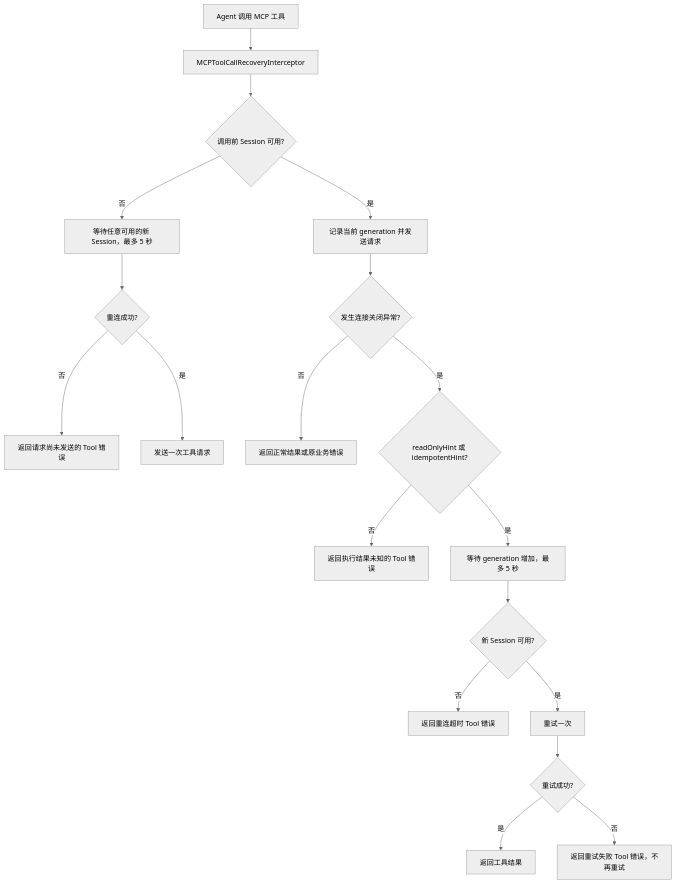
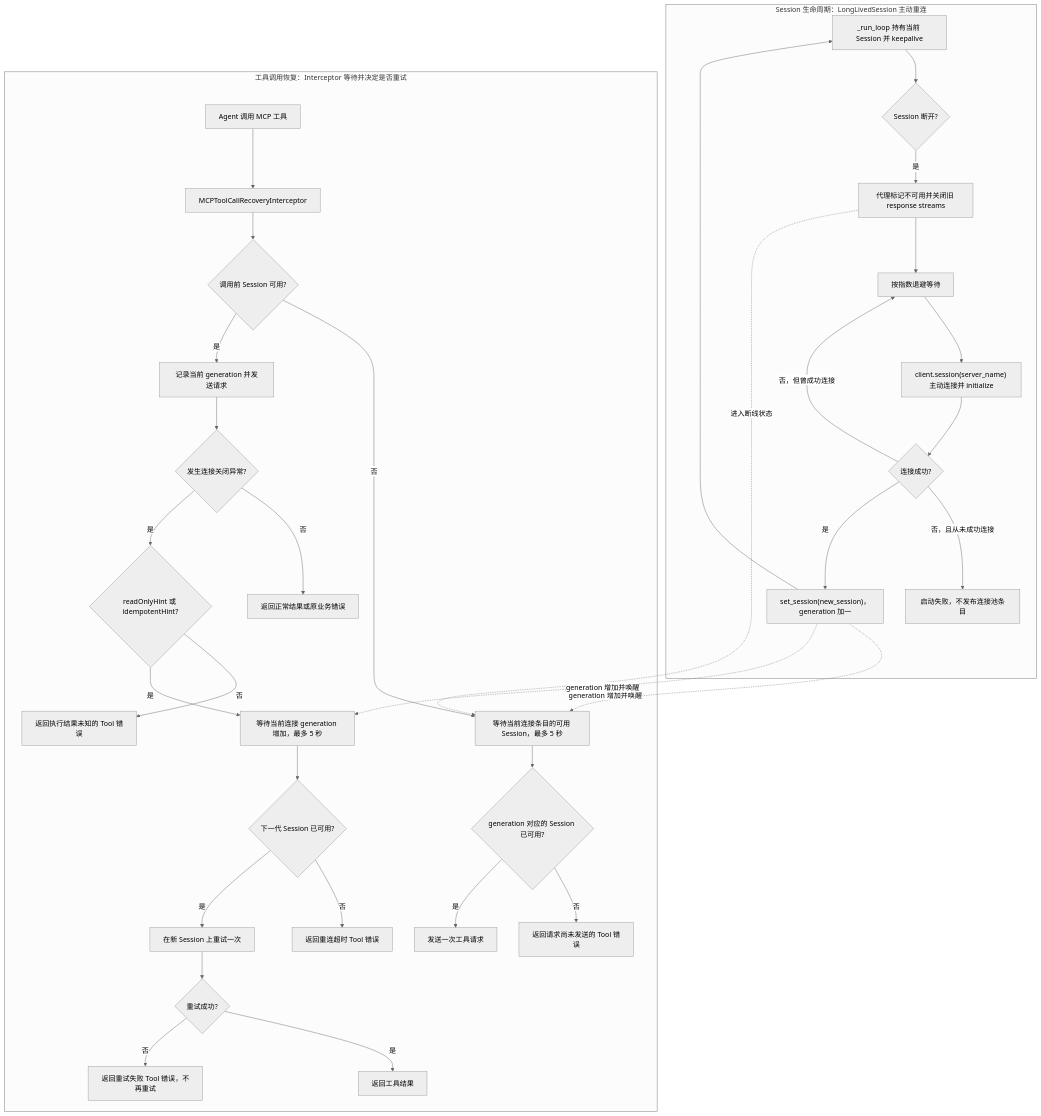
One commit to supreme0597/Yuxi-Know changed the diagram in docs/vibe/2026-08-01-mcp-tool-call-recovery-design.md. Above: the diagram before and after it, drawn with Mermaid (neutral theme). The commit also changed other lines of this file, not shown here.

Commit message:
docs(mcp): 完善 Session 主动重连设计

````diff
--- a/docs/vibe/2026-08-01-mcp-tool-call-recovery-design.md
+++ b/docs/vibe/2026-08-01-mcp-tool-call-recovery-design.md
@@ -198,21 +231,39 @@
 ```mermaid
 flowchart TD
-    A["Agent 调用 MCP 工具"] --> B["MCPToolCallRecoveryInterceptor"]
-    B --> C{"调用前 Session 可用?"}
-    C -- "否" --> D["等待任意可用的新 Session，最多 5 秒"]
-    D --> E{"重连成功?"}
-    E -- "否" --> F["返回请求尚未发送的 Tool 错误"]
-    E -- "是" --> G["发送一次工具请求"]
-    C -- "是" --> H["记录当前 generation 并发送请求"]
-    H --> I{"发生连接关闭异常?"}
-    I -- "否" --> J["返回正常结果或原业务错误"]
-    I -- "是" --> K{"readOnlyHint 或 idempotentHint?"}
-    K -- "否" --> L["返回执行结果未知的 Tool 错误"]
-    K -- "是" --> M["等待 generation 增加，最多 5 秒"]
-    M --> N{"新 Session 可用?"}
-    N -- "否" --> O["返回重连超时 Tool 错误"]
-    N -- "是" --> P["重试一次"]
-    P --> Q{"重试成功?"}
-    Q -- "是" --> R["返回工具结果"]
-    Q -- "否" --> S["返回重试失败 Tool 错误，不再重试"]
+    subgraph R["Session 生命周期：LongLivedSession 主动重连"]
+        R1["_run_loop 持有当前 Session 并 keepalive"] --> R2{"Session 断开?"}
+        R2 -- "是" --> R3["代理标记不可用并关闭旧 response streams"]
+        R3 --> R4["按指数退避等待"]
+        R4 --> R5["client.session(server_name) 主动连接并 initialize"]
+        R5 --> R6{"连接成功?"}
+        R6 -- "否，且从未成功连接" --> R7["启动失败，不发布连接池条目"]
+        R6 -- "否，但曾成功连接" --> R4
+        R6 -- "是" --> R8["set_session(new_session)，generation 加一"]
+        R8 --> R1
+    end
+
+    subgraph T["工具调用恢复：Interceptor 等待并决定是否重试"]
+        T1["Agent 调用 MCP 工具"] --> T2["MCPToolCallRecoveryInterceptor"]
+        T2 --> T3{"调用前 Session 可用?"}
+        T3 -- "否" --> T4["等待当前连接条目的可用 Session，最多 5 秒"]
+        T4 --> T5{"generation 对应的 Session 已可用?"}
+        T5 -- "否" --> T6["返回请求尚未发送的 Tool 错误"]
+        T5 -- "是" --> T7["发送一次工具请求"]
+        T3 -- "是" --> T8["记录当前 generation 并发送请求"]
+        T8 --> T9{"发生连接关闭异常?"}
+        T9 -- "否" --> T10["返回正常结果或原业务错误"]
+        T9 -- "是" --> T11{"readOnlyHint 或 idempotentHint?"}
+        T11 -- "否" --> T12["返回执行结果未知的 Tool 错误"]
+        T11 -- "是" --> T13["等待当前连接 generation 增加，最多 5 秒"]
+        T13 --> T14{"下一代 Session 已可用?"}
+        T14 -- "否" --> T15["返回重连超时 Tool 错误"]
+        T14 -- "是" --> T16["在新 Session 上重试一次"]
+        T16 --> T17{"重试成功?"}
+        T17 -- "是" --> T18["返回工具结果"]
+        T17 -- "否" --> T19["返回重试失败 Tool 错误，不再重试"]
+    end
+
+    R3 -. "进入断线状态" .-> T4
+    R8 -. "generation 增加并唤醒" .-> T4
+    R8 -. "generation 增加并唤醒" .-> T13
 ```
````
